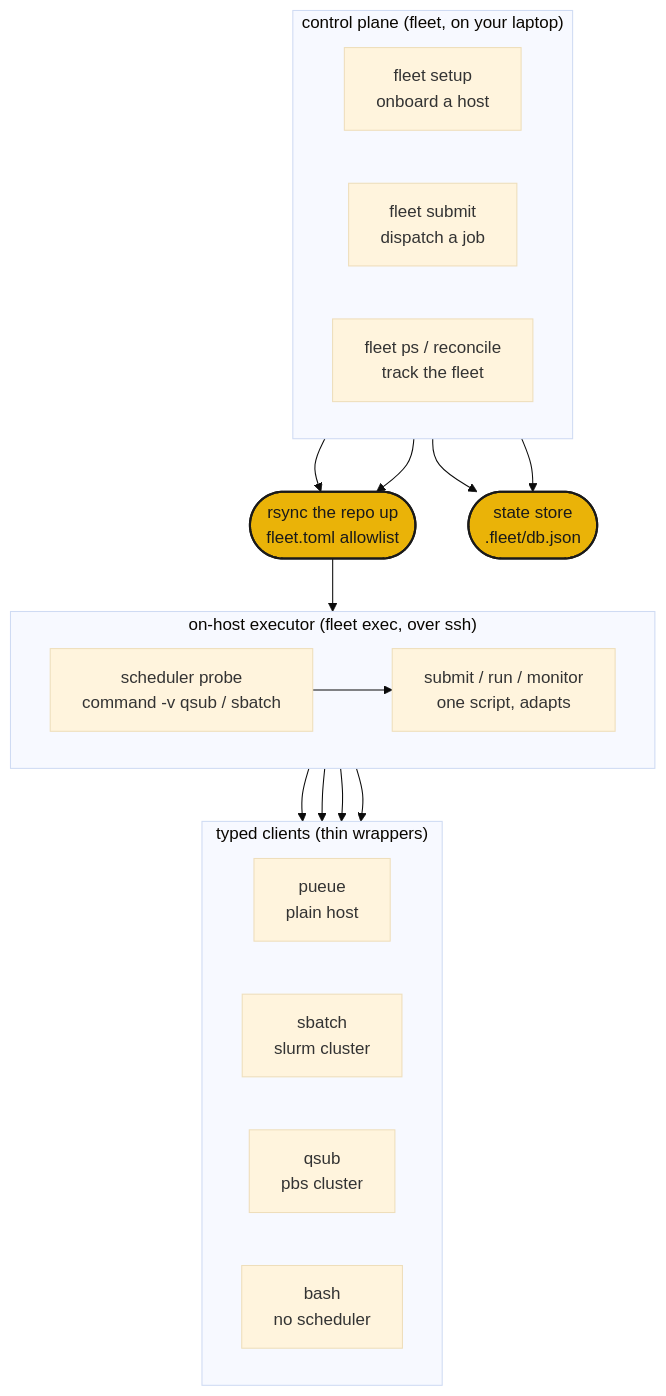
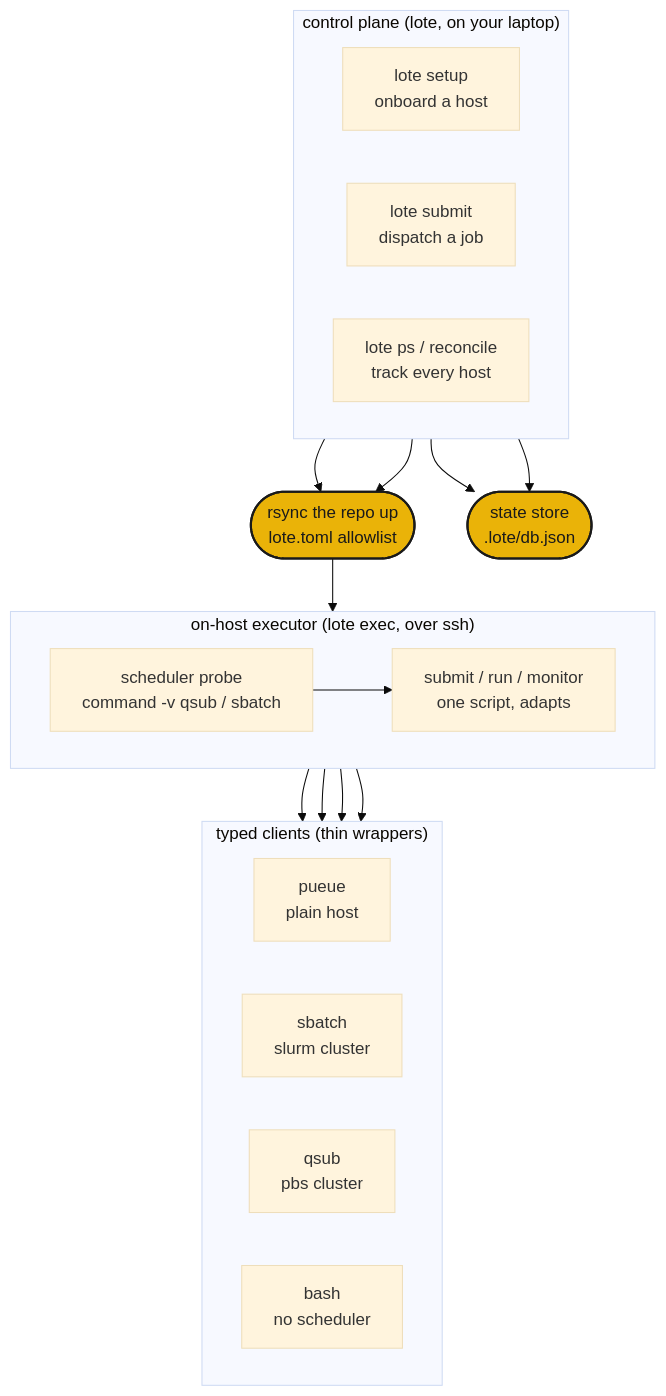
The diagram in docs/how-it-works.md (phvv-me/lote), drawn with Mermaid (base theme) before and after one commit. The commit also changed other lines of this file and 83 other files, not shown here.

First line of the commit message:
Rename fleet -> lote with a chip identity and folder-derived name

````diff
--- a/docs/how-it-works.md
+++ b/docs/how-it-works.md
@@ -5,40 +5,40 @@
 ```mermaid
 flowchart TB
-    subgraph control["control plane (fleet, on your laptop)"]
+    subgraph control["control plane (lote, on your laptop)"]
         direction LR
-        SETUP["fleet setup<br/>onboard a host"]
-        SUBMIT["fleet submit<br/>dispatch a job"]
-        PS["fleet ps / reconcile<br/>track the fleet"]
+        SETUP["lote setup<br/>onboard a host"]
+        SUBMIT["lote submit<br/>dispatch a job"]
+        PS["lote ps / reconcile<br/>track every host"]
     end
 
-    subgraph onhost["on-host executor (fleet exec, over ssh)"]
+    subgraph onhost["on-host executor (lote exec, over ssh)"]
         direction LR
         DETECT["scheduler probe<br/>command -v qsub / sbatch"]
         ADAPT["submit / run / monitor<br/>one script, adapts"]
     end
 
     subgraph clients["typed clients (thin wrappers)"]
         direction LR
         PUEUE["pueue<br/>plain host"]
         SBATCH["sbatch<br/>slurm cluster"]
         QSUB["qsub<br/>pbs cluster"]
         BASH["bash<br/>no scheduler"]
     end
 
-    RSYNC(["rsync the repo up<br/>fleet.toml allowlist"]):::brand
-    DB(["state store<br/>.fleet/db.json"]):::brand
+    RSYNC(["rsync the repo up<br/>lote.toml allowlist"]):::brand
+    DB(["state store<br/>.lote/db.json"]):::brand
 
     SETUP --> RSYNC
     SUBMIT --> RSYNC
     RSYNC --> DETECT
     DETECT --> ADAPT
     ADAPT --> PUEUE
     ADAPT --> SBATCH
     ADAPT --> QSUB
     ADAPT --> BASH
 
     SUBMIT --> DB
     PS --> DB
 
     classDef brand fill:#eab308,stroke:#1a1a1a,stroke-width:2px,color:#1a1a1a;
 ```
````
